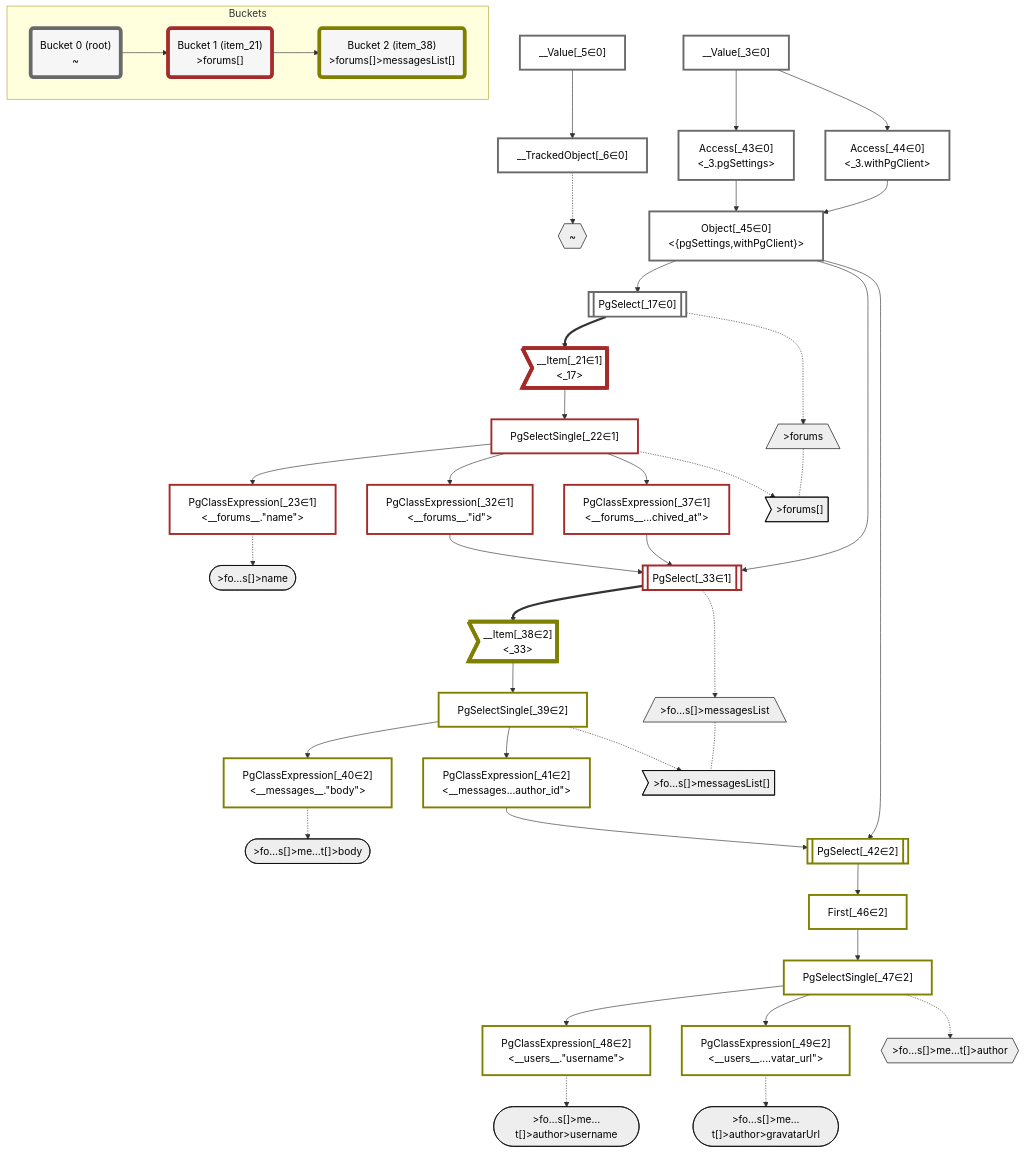
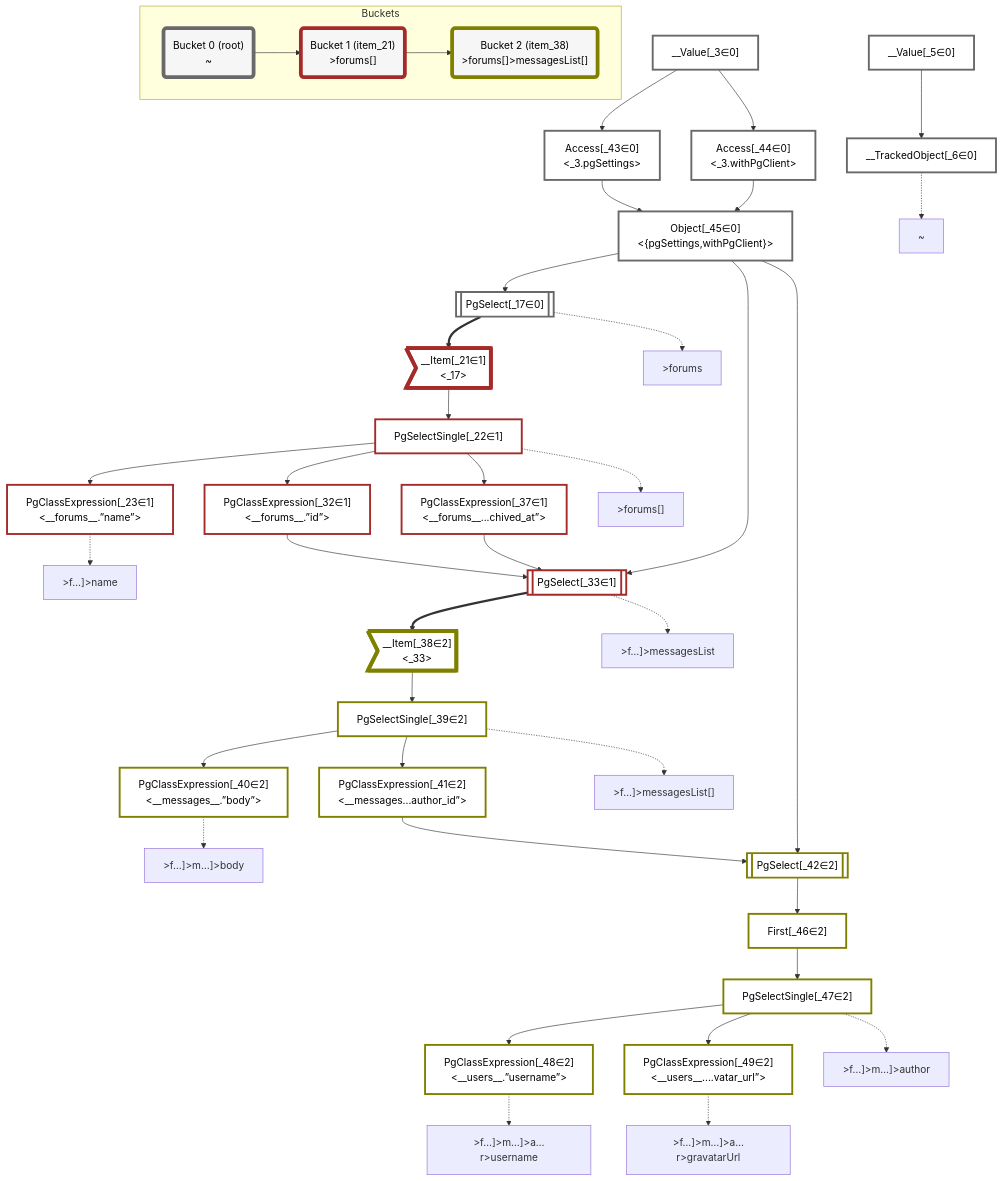
The diagram in packages/dataplan-pg/__tests__/queries/conditions/basics-with-author.deopt.mermaid.md (graphile/crystal), drawn with Mermaid before and after one commit. The commit also changed 195 other files, not shown here.

```diff
--- a/packages/dataplan-pg/__tests__/queries/conditions/basics-with-author.deopt.mermaid.md
+++ b/packages/dataplan-pg/__tests__/queries/conditions/basics-with-author.deopt.mermaid.md
@@ -6,27 +6,6 @@
     classDef sideeffectplan fill:#f00,stroke-width:6px,color:#000
     classDef bucket fill:#f6f6f6,color:#000,stroke-width:6px
 
-    %% subgraph fields
-    P1{{"~"}}:::path
-    P2[/">forums"\]:::path
-    P3>">forums[]"]:::path
-    P2 -.- P3
-    P4([">fo…s[]>name"]):::path
-    %% P3 -.-> P4
-    P5[/">fo…s[]>messagesList"\]:::path
-    P6>">fo…s[]>messagesList[]"]:::path
-    P5 -.- P6
-    P7([">fo…s[]>me…t[]>body"]):::path
-    %% P6 -.-> P7
-    P8{{">fo…s[]>me…t[]>author"}}:::path
-    P9([">fo…s[]>me…t[]>author>username"]):::path
-    %% P8 -.-> P9
-    P10([">fo…s[]>me…t[]>author>gravatarUrl"]):::path
-    %% P8 -.-> P10
-    %% P6 -.-> P8
-    %% P3 -.-> P5
-    %% P1 -.-> P2
-    %% end
 
     %% define plans
     __Value_3["__Value[_3∈0]<br /><context>"]:::plan
@@ -35,22 +14,22 @@
     PgSelect_17[["PgSelect[_17∈0]<br /><forums>"]]:::plan
     __Item_21>"__Item[_21∈1]<br /><_17>"]:::itemplan
     PgSelectSingle_22["PgSelectSingle[_22∈1]<br /><forums>"]:::plan
-    PgClassExpression_23["PgClassExpression[_23∈1]<br /><__forums__.#quot;name#quot;>"]:::plan
-    PgClassExpression_32["PgClassExpression[_32∈1]<br /><__forums__.#quot;id#quot;>"]:::plan
+    PgClassExpression_23["PgClassExpression[_23∈1]<br /><__forums__.”name”>"]:::plan
+    PgClassExpression_32["PgClassExpression[_32∈1]<br /><__forums__.”id”>"]:::plan
     PgSelect_33[["PgSelect[_33∈1]<br /><messages>"]]:::plan
-    PgClassExpression_37["PgClassExpression[_37∈1]<br /><__forums__...chived_at#quot;>"]:::plan
+    PgClassExpression_37["PgClassExpression[_37∈1]<br /><__forums__...chived_at”>"]:::plan
     __Item_38>"__Item[_38∈2]<br /><_33>"]:::itemplan
     PgSelectSingle_39["PgSelectSingle[_39∈2]<br /><messages>"]:::plan
-    PgClassExpression_40["PgClassExpression[_40∈2]<br /><__messages__.#quot;body#quot;>"]:::plan
-    PgClassExpression_41["PgClassExpression[_41∈2]<br /><__messages...author_id#quot;>"]:::plan
+    PgClassExpression_40["PgClassExpression[_40∈2]<br /><__messages__.”body”>"]:::plan
+    PgClassExpression_41["PgClassExpression[_41∈2]<br /><__messages...author_id”>"]:::plan
     PgSelect_42[["PgSelect[_42∈2]<br /><users>"]]:::plan
     Access_43["Access[_43∈0]<br /><_3.pgSettings>"]:::plan
     Access_44["Access[_44∈0]<br /><_3.withPgClient>"]:::plan
     Object_45["Object[_45∈0]<br /><{pgSettings,withPgClient}>"]:::plan
     First_46["First[_46∈2]"]:::plan
     PgSelectSingle_47["PgSelectSingle[_47∈2]<br /><users>"]:::plan
-    PgClassExpression_48["PgClassExpression[_48∈2]<br /><__users__.#quot;username#quot;>"]:::plan
-    PgClassExpression_49["PgClassExpression[_49∈2]<br /><__users__....vatar_url#quot;>"]:::plan
+    PgClassExpression_48["PgClassExpression[_48∈2]<br /><__users__.”username”>"]:::plan
+    PgClassExpression_49["PgClassExpression[_49∈2]<br /><__users__....vatar_url”>"]:::plan
 
     %% plan dependencies
     __Value_5 --> __TrackedObject_6
@@ -79,15 +58,25 @@
     PgSelectSingle_47 --> PgClassExpression_49
 
     %% plan-to-path relationships
+    P1["~"]
     __TrackedObject_6 -.-> P1
+    P2[">forums"]
     PgSelect_17 -.-> P2
+    P3[">forums[]"]
     PgSelectSingle_22 -.-> P3
+    P4[">f…]>name"]
     PgClassExpression_23 -.-> P4
+    P5[">f…]>messagesList"]
     PgSelect_33 -.-> P5
+    P6[">f…]>messagesList[]"]
     PgSelectSingle_39 -.-> P6
+    P7[">f…]>m…]>body"]
     PgClassExpression_40 -.-> P7
+    P8[">f…]>m…]>author"]
     PgSelectSingle_47 -.-> P8
+    P9[">f…]>m…]>a…r>username"]
     PgClassExpression_48 -.-> P9
+    P10[">f…]>m…]>a…r>gravatarUrl"]
     PgClassExpression_49 -.-> P10
 
     %% allocate buckets
```
